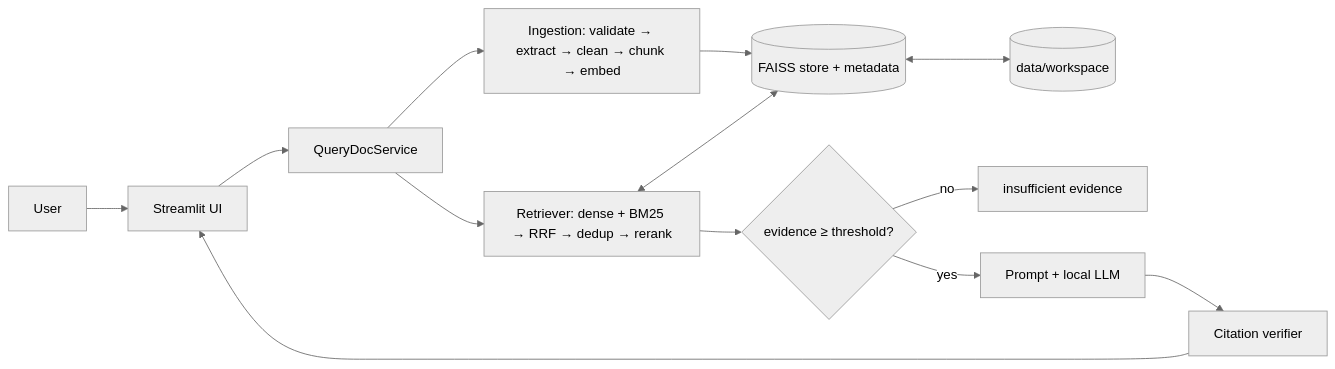
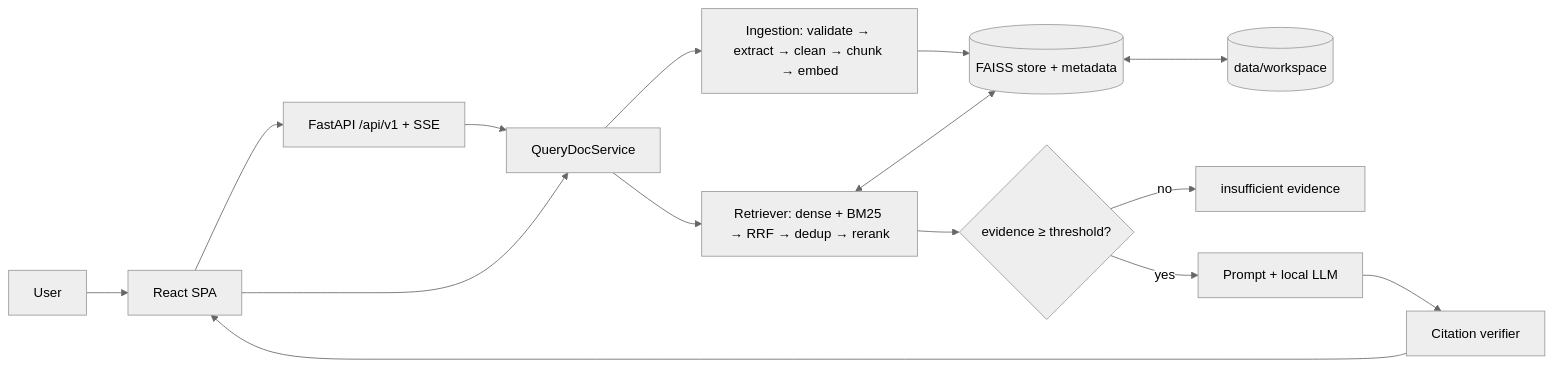
Before and after one commit to SallaguntaRaahul/querydoc-ai: the first of 5 diagrams in docs/PROJECT_COMPLETE_GUIDE.md, drawn with Mermaid (neutral theme). The commit also changed other lines of this file and 99 other files, not shown here.

````diff
--- a/docs/PROJECT_COMPLETE_GUIDE.md
+++ b/docs/PROJECT_COMPLETE_GUIDE.md
@@ -116,15 +122,17 @@
 ```mermaid
 flowchart LR
-    U[User] --> UI[Streamlit UI]
+    U[User] --> UI[React SPA]
+    UI --> API[FastAPI /api/v1 + SSE]
+    API --> SVC
     UI --> SVC[QueryDocService]
     SVC --> ING[Ingestion: validate → extract → clean → chunk → embed]
     ING --> VS[(FAISS store + metadata)]
     SVC --> RET[Retriever: dense + BM25 → RRF → dedup → rerank]
     RET <--> VS
     RET --> GATE{evidence ≥ threshold?}
     GATE -- no --> NO[insufficient evidence]
     GATE -- yes --> GEN[Prompt + local LLM]
     GEN --> VER[Citation verifier]
     VER --> UI
     VS <--> DISK[(data/workspace)]
 ```
````
